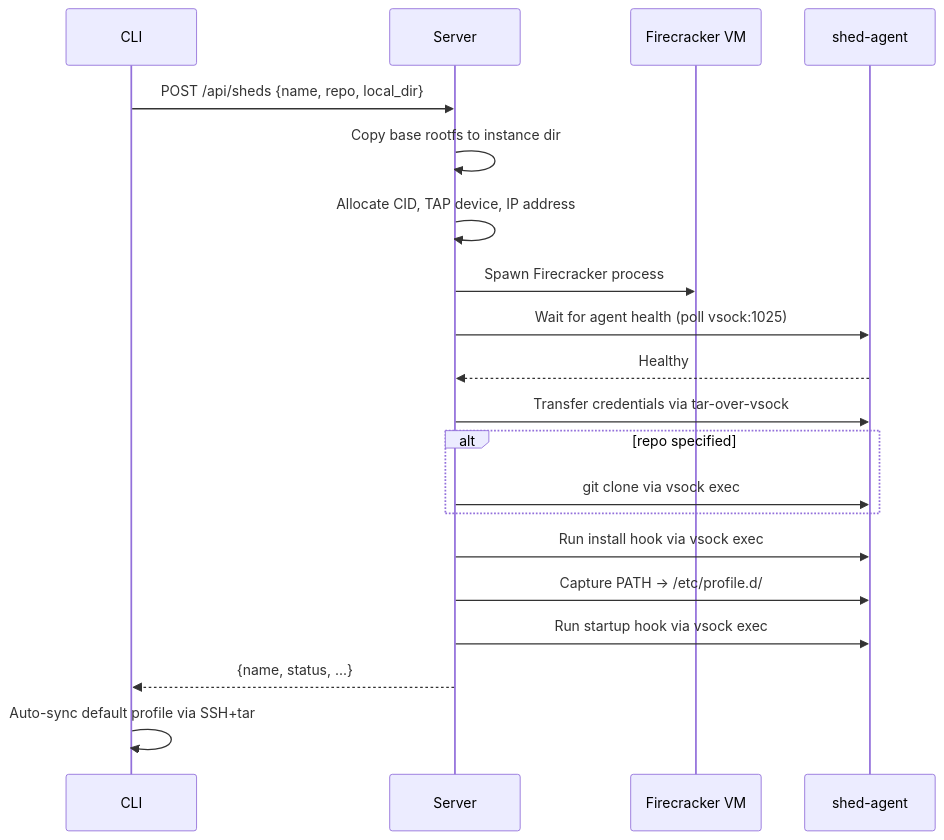
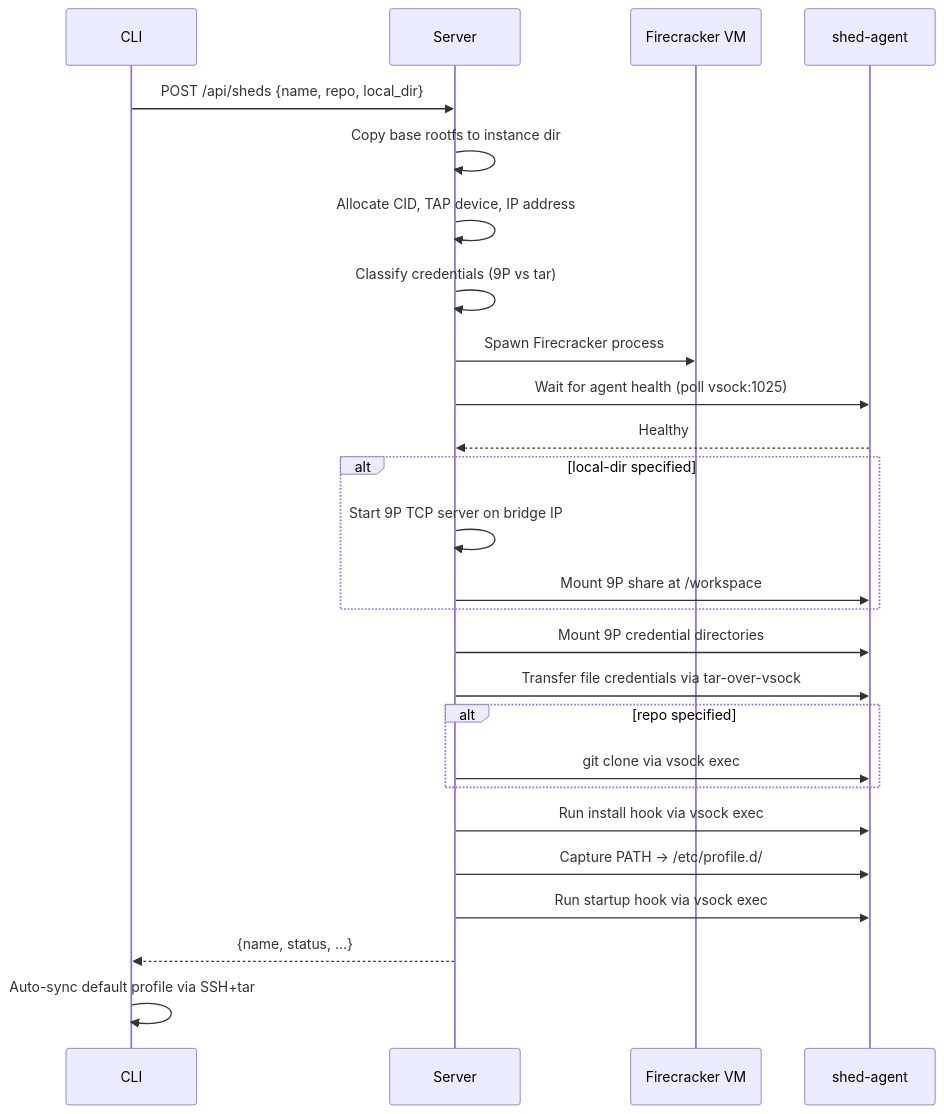
Before and after one commit to charliek/shed: the fourth of 7 diagrams in docs/development/architecture.md, drawn with Mermaid. The commit also changed other lines of this file and 27 other files, not shown here.

First line of the commit message:
Add 9P filesystem support for Firecracker local-dir and credential mounts

````diff
--- a/docs/development/architecture.md
+++ b/docs/development/architecture.md
@@ -133,23 +133,29 @@
     ```mermaid
     sequenceDiagram
         participant CLI
         participant Server
         participant VM as Firecracker VM
         participant Agent as shed-agent
 
         CLI->>Server: POST /api/sheds {name, repo, local_dir}
         Server->>Server: Copy base rootfs to instance dir
         Server->>Server: Allocate CID, TAP device, IP address
+        Server->>Server: Classify credentials (9P vs tar)
         Server->>VM: Spawn Firecracker process
         Server->>Agent: Wait for agent health (poll vsock:1025)
         Agent-->>Server: Healthy
-        Server->>Agent: Transfer credentials via tar-over-vsock
+        alt local-dir specified
+            Server->>Server: Start 9P TCP server on bridge IP
+            Server->>Agent: Mount 9P share at /workspace
+        end
+        Server->>Agent: Mount 9P credential directories
+        Server->>Agent: Transfer file credentials via tar-over-vsock
         alt repo specified
             Server->>Agent: git clone via vsock exec
         end
         Server->>Agent: Run install hook via vsock exec
         Server->>Agent: Capture PATH → /etc/profile.d/
         Server->>Agent: Run startup hook via vsock exec
         Server-->>CLI: {name, status, ...}
         CLI->>CLI: Auto-sync default profile via SSH+tar
     ```
````
